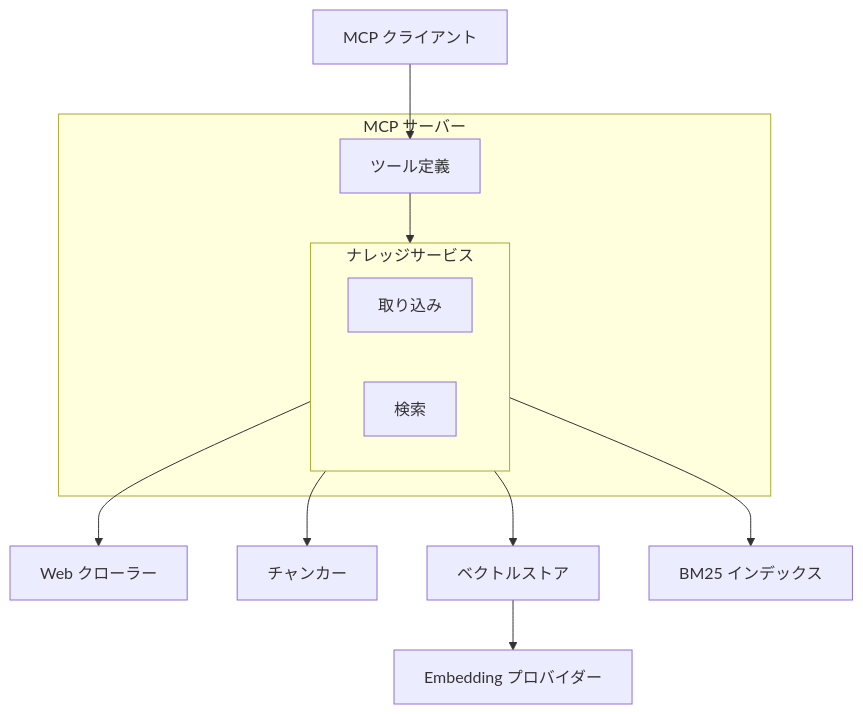
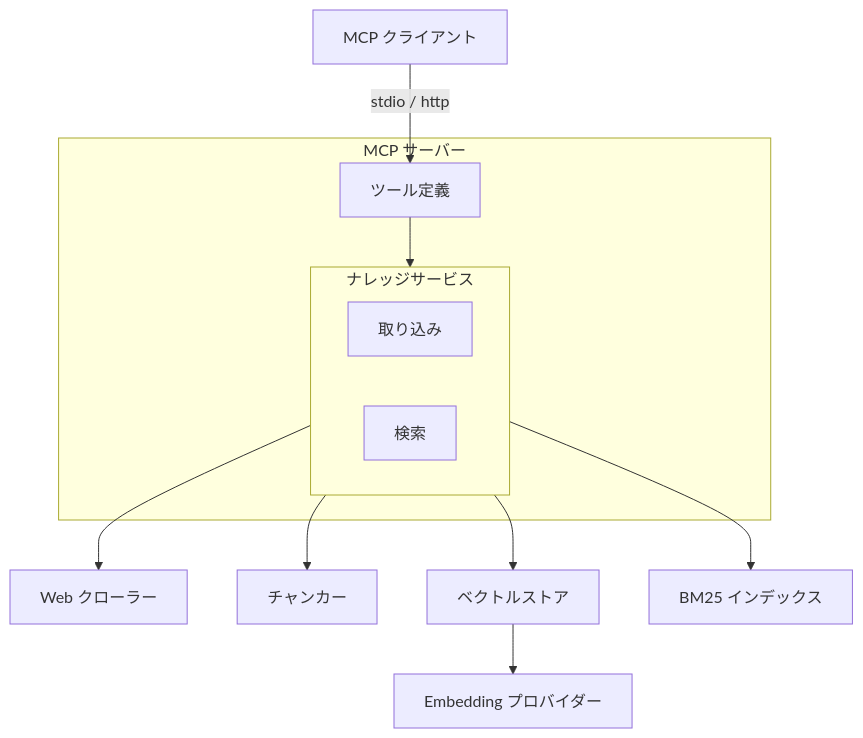
The first of 3 diagrams in docs/specs/rag-knowledge.md (becky3/rag-knowledge), drawn with Mermaid before and after one commit. The commit also changed other lines of this file and 3 other files, not shown here.

````diff
--- a/docs/specs/rag-knowledge.md
+++ b/docs/specs/rag-knowledge.md
@@ -70,26 +72,26 @@
 ```mermaid
 flowchart TB
     CLIENT["MCP クライアント"]
 
     subgraph MCP["MCP サーバー"]
         TOOLS["ツール定義"]
         subgraph Service["ナレッジサービス"]
             INGEST["取り込み"]
             RETRIEVE["検索"]
         end
     end
 
     CRAWLER["Web クローラー"]
     CHUNKER["チャンカー"]
     VECTOR["ベクトルストア"]
     BM25["BM25 インデックス"]
     EMBED["Embedding プロバイダー"]
 
-    CLIENT --> TOOLS
+    CLIENT -->|stdio / http| TOOLS
     TOOLS --> Service
     Service --> CRAWLER
     Service --> CHUNKER
     Service --> VECTOR
     Service --> BM25
     VECTOR --> EMBED
 ```
````
